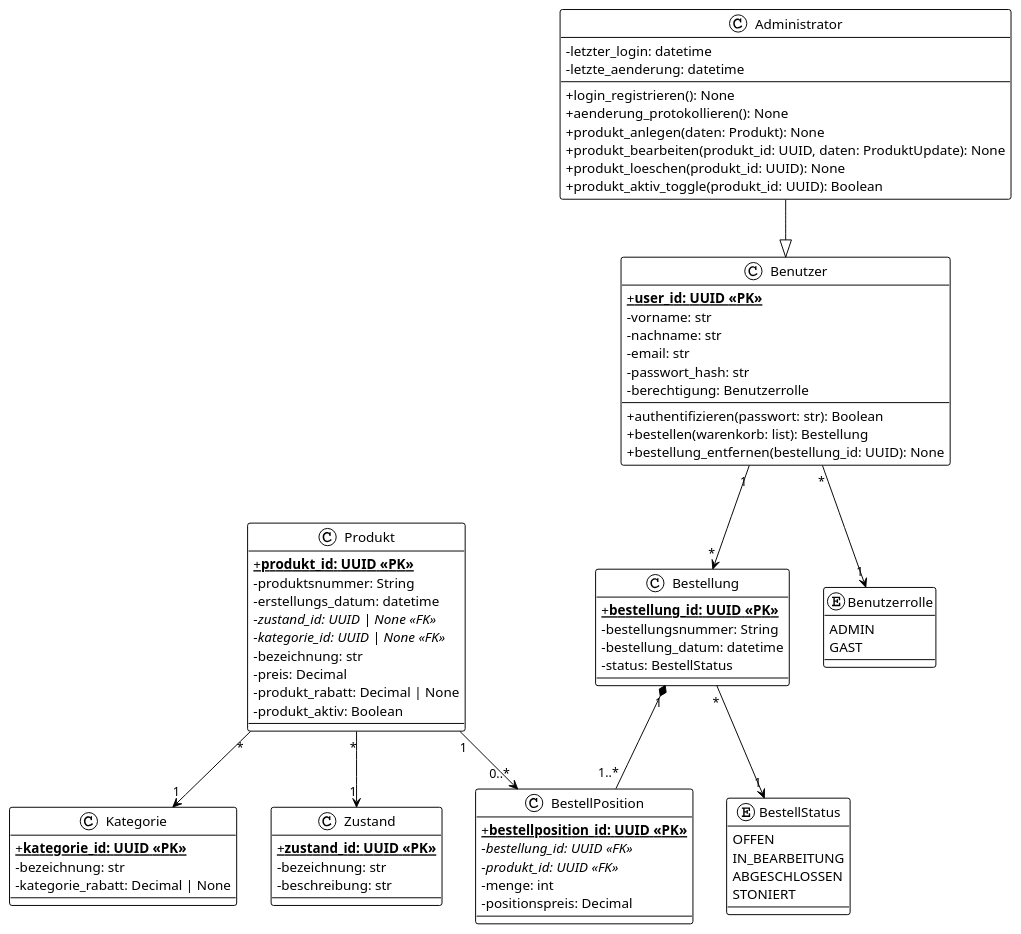
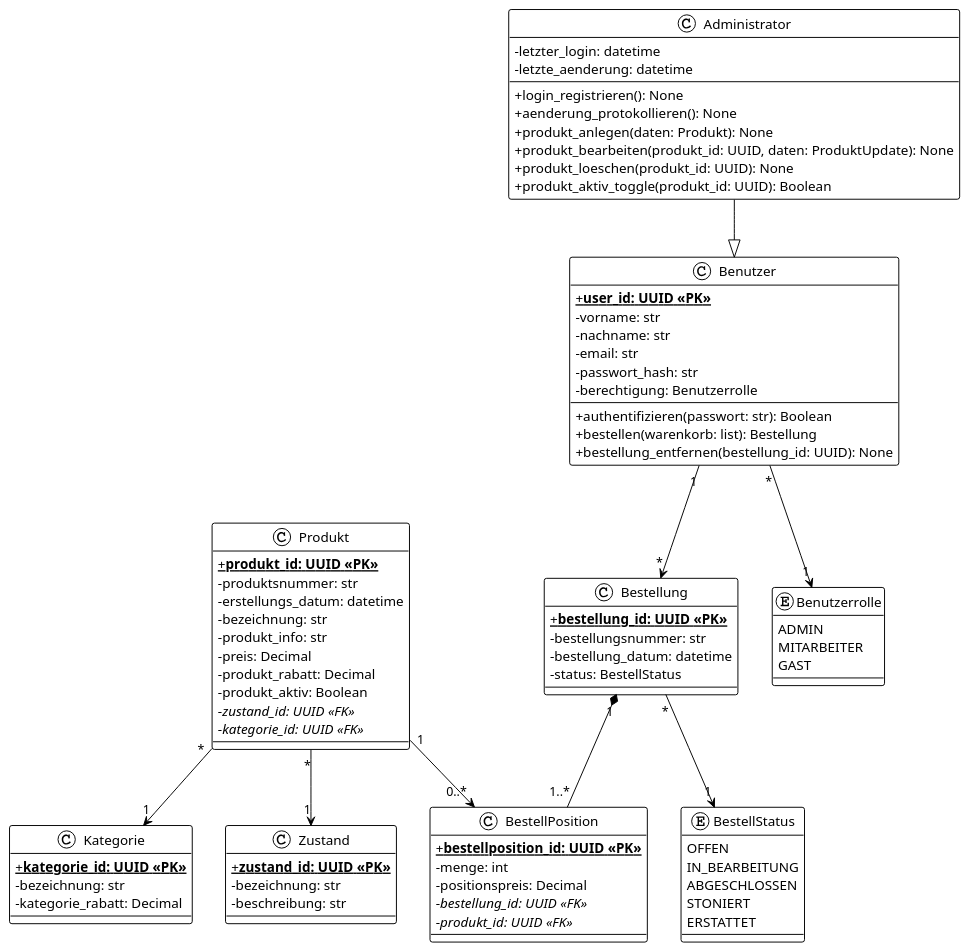
The fifth of 5 diagrams in docs/thriftshop_dokumentation.md (marcelo-ruediger/thriftshop), drawn with PlantUML before and after one commit. The commit also changed other lines of this file and 7 other files, not shown here.

Commit message:
init_db and diagrams created

```diff
--- a/docs/thriftshop_dokumentation.md
+++ b/docs/thriftshop_dokumentation.md
@@ -396,20 +429,21 @@
 
 class Produkt {
     + {static} **produkt_id: UUID <<PK>>**
-    - produktsnummer: String
+    - produktsnummer: str
     - erstellungs_datum: datetime
-    - //zustand_id: UUID | None <<FK>>//
-    - //kategorie_id: UUID | None <<FK>>//
     - bezeichnung: str
+    - produkt_info: str
     - preis: Decimal 
-    - produkt_rabatt: Decimal | None
+    - produkt_rabatt: Decimal 
     - produkt_aktiv: Boolean
+    - //zustand_id: UUID <<FK>>//
+    - //kategorie_id: UUID <<FK>>//
 }
 
 class Kategorie {
     + {static} **kategorie_id: UUID <<PK>>**
     - bezeichnung: str
-    - kategorie_rabatt: Decimal | None
+    - kategorie_rabatt: Decimal 
 }
 
 class Zustand {
@@ -420,17 +454,17 @@
 
 class Bestellung {
     + {static} **bestellung_id: UUID <<PK>>**
-    - bestellungsnummer: String
+    - bestellungsnummer: str
     - bestellung_datum: datetime
     - status: BestellStatus
 }
 
 class BestellPosition {
     + {static} **bestellposition_id: UUID <<PK>>**
+    - menge: int
+    - positionspreis: Decimal
     - //bestellung_id: UUID <<FK>>//
     - //produkt_id: UUID <<FK>>//
-    - menge: int
-    - positionspreis: Decimal
 }
 
 enum BestellStatus {
@@ -438,10 +472,12 @@
     IN_BEARBEITUNG
     ABGESCHLOSSEN
     STONIERT
+    ERSTATTET
 }
 
 enum Benutzerrolle {
     ADMIN
+    MITARBEITER
     GAST
 }
 
```
